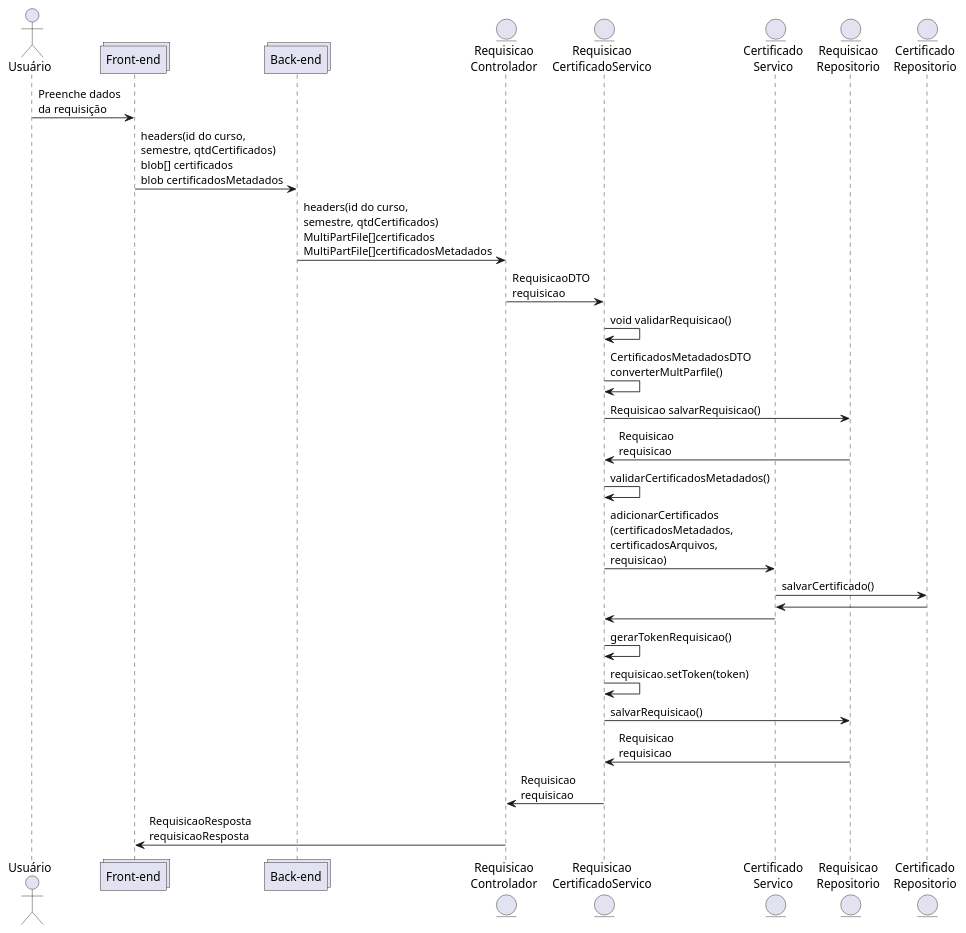
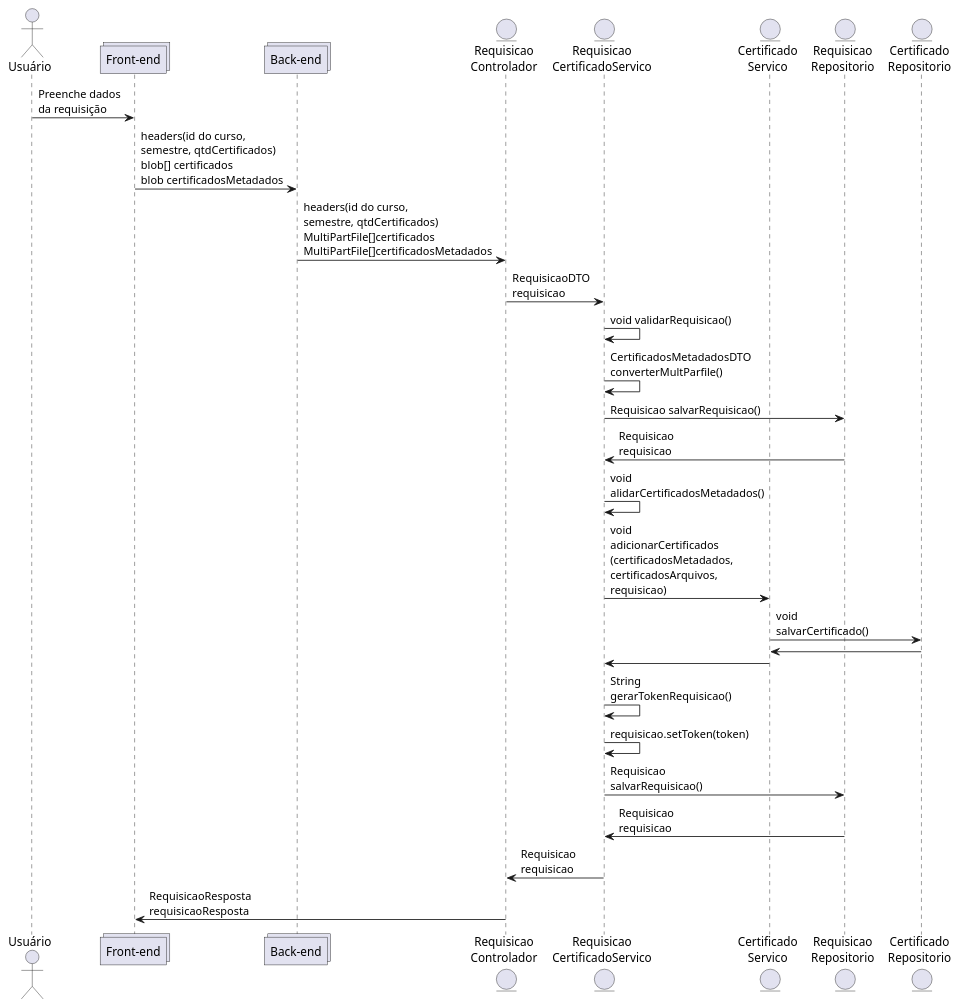
Before and after one commit to kvojps/sistema-acs: the diagram in sistema-docs/src/2. Níveis/2.4 Código - C4/2.4.3-Sequência/diagrama-c4.puml, drawn with PlantUML. The commit also changed 12 other files, not shown here.

Commit message:
feat: refinando diagramas e textos do C4model

```diff
--- a/sistema-docs/src/2. Níveis/2.4 Código - C4/2.4.3-Sequência/diagrama-c4.puml
+++ b/sistema-docs/src/2. Níveis/2.4 Código - C4/2.4.3-Sequência/diagrama-c4.puml
@@ -1,31 +1,31 @@
 @startuml sequencia
     actor usuario as "Usuário"
     collections front as "Front-end"
     collections back as "Back-end"
     entity controlador_req as "Requisicao\nControlador"
     entity servico_req as "Requisicao\nCertificadoServico"
     entity servico_cert as "Certificado\nServico"
     entity repo_req as "Requisicao\nRepositorio"
     entity repo_cert as "Certificado\nRepositorio"
 
     usuario -> front: Preenche dados\nda requisição
     front -> back: headers(id do curso,\nsemestre, qtdCertificados)\nblob[] certificados\nblob certificadosMetadados
     back -> controlador_req: headers(id do curso,\nsemestre, qtdCertificados)\nMultiPartFile[]certificados\nMultiPartFile[]certificadosMetadados
     controlador_req -> servico_req: RequisicaoDTO\nrequisicao
     servico_req -> servico_req: void validarRequisicao()
     servico_req -> servico_req: CertificadosMetadadosDTO\nconverterMultParfile()
     servico_req -> repo_req: Requisicao salvarRequisicao()
     repo_req -> servico_req: Requisicao\nrequisicao
-    servico_req -> servico_req: validarCertificadosMetadados()
-    servico_req -> servico_cert: adicionarCertificados\n(certificadosMetadados,\ncertificadosArquivos,\nrequisicao)
-    servico_cert -> repo_cert: salvarCertificado()
+    servico_req -> servico_req: void\nalidarCertificadosMetadados()
+    servico_req -> servico_cert: void\nadicionarCertificados\n(certificadosMetadados,\ncertificadosArquivos,\nrequisicao)
+    servico_cert -> repo_cert: void\nsalvarCertificado()
     repo_cert -> servico_cert
     servico_cert -> servico_req
-    servico_req -> servico_req: gerarTokenRequisicao()
+    servico_req -> servico_req: String\ngerarTokenRequisicao()
     servico_req -> servico_req: requisicao.setToken(token)
-    servico_req -> repo_req: salvarRequisicao()
+    servico_req -> repo_req: Requisicao\nsalvarRequisicao()
     repo_req -> servico_req: Requisicao\nrequisicao
     servico_req -> controlador_req: Requisicao\nrequisicao
     controlador_req -> front: RequisicaoResposta\nrequisicaoResposta
 
 @enduml
```
